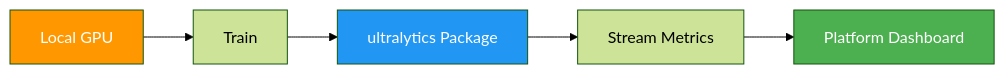
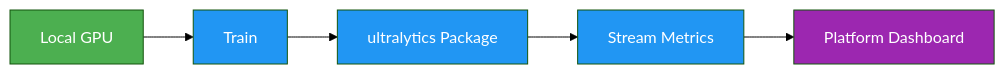
One commit to Dadalia1917/Yolo-RT-DETR-TrainCode changed the second of 3 diagrams in docs/en/platform/train/cloud-training.md. Above: the diagram before and after it, drawn with Mermaid (forest theme). The commit also changed other lines of this file and 767 other files, not shown here.

````diff
--- a/docs/en/platform/train/cloud-training.md
+++ b/docs/en/platform/train/cloud-training.md
@@ -185,11 +185,11 @@
 ```mermaid
 graph LR
-    A[Local GPU] --> B[Train]
-    B --> C[ultralytics Package]
-    C --> D[Stream Metrics]
-    D --> E[Platform Dashboard]
+    A[Local GPU]:::start --> B[Train]:::proc
+    B --> C[ultralytics Package]:::proc
+    C --> D[Stream Metrics]:::proc
+    D --> E[Platform Dashboard]:::out
 
-    style A fill:#FF9800,color:#fff
-    style C fill:#2196F3,color:#fff
-    style E fill:#4CAF50,color:#fff
+    classDef start fill:#4CAF50,color:#fff
+    classDef proc fill:#2196F3,color:#fff
+    classDef out fill:#9C27B0,color:#fff
 ```
````
